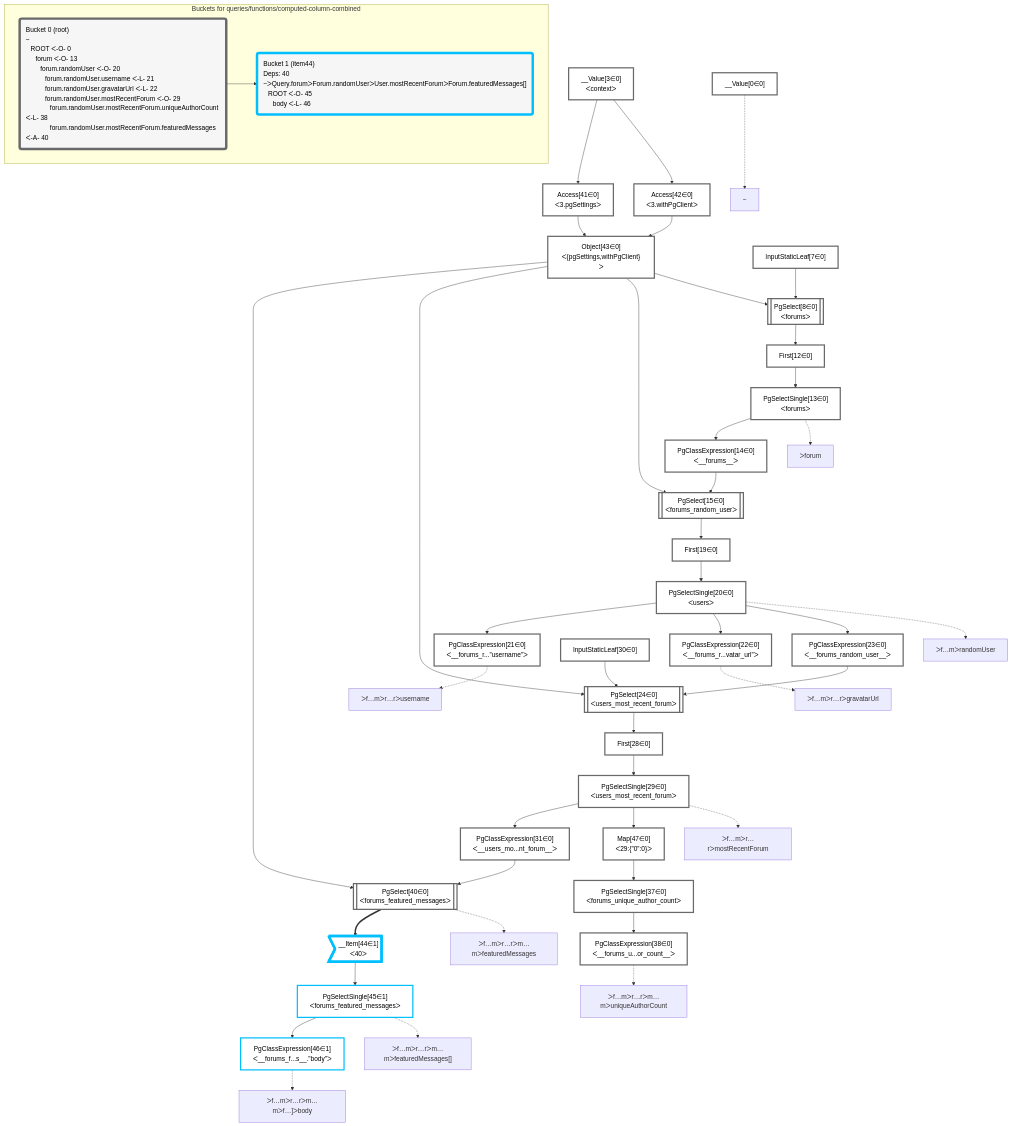
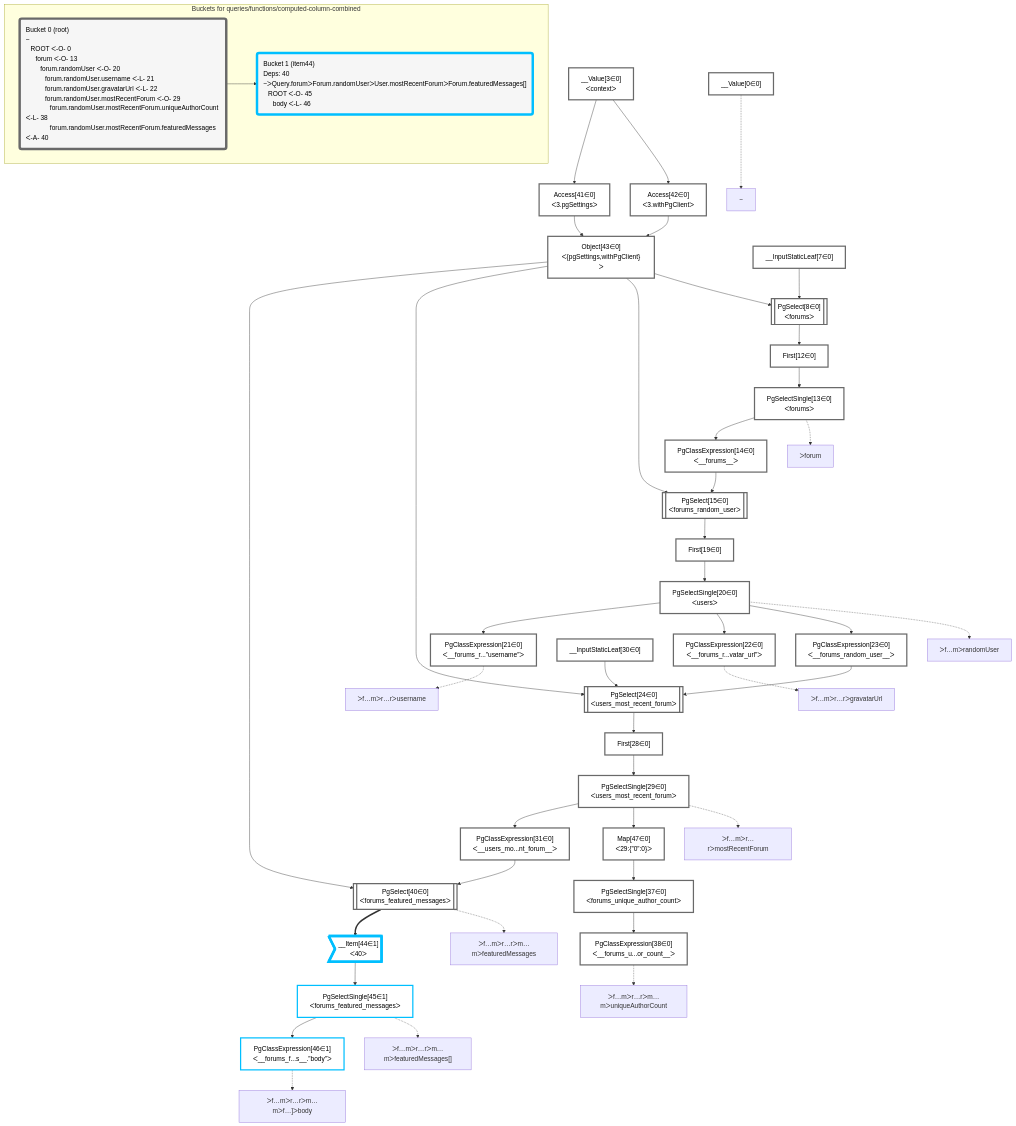
One commit to graphile/crystal changed the diagram in packages/dataplan-pg/__tests__/queries/functions/computed-column-combined.deopt.mermaid.md. Above: the diagram before and after it, drawn with Mermaid. The commit also changed 79 other files, not shown here.

```diff
--- a/packages/dataplan-pg/__tests__/queries/functions/computed-column-combined.deopt.mermaid.md
+++ b/packages/dataplan-pg/__tests__/queries/functions/computed-column-combined.deopt.mermaid.md
@@ -34,8 +34,8 @@
     Access41["Access[41∈0]<br />ᐸ3.pgSettingsᐳ"]:::plan
     Access42["Access[42∈0]<br />ᐸ3.withPgClientᐳ"]:::plan
     __Value3["__Value[3∈0]<br />ᐸcontextᐳ"]:::plan
-    InputStaticLeaf7["InputStaticLeaf[7∈0]"]:::plan
-    InputStaticLeaf30["InputStaticLeaf[30∈0]"]:::plan
+    __InputStaticLeaf7["__InputStaticLeaf[7∈0]"]:::plan
+    __InputStaticLeaf30["__InputStaticLeaf[30∈0]"]:::plan
 
     %% plan dependencies
     PgSelectSingle20 --> PgClassExpression21
@@ -50,7 +50,7 @@
     PgSelectSingle29 --> Map47
     First28 --> PgSelectSingle29
     PgSelect24 --> First28
-    Object43 & PgClassExpression23 & InputStaticLeaf30 --> PgSelect24
+    Object43 & PgClassExpression23 & __InputStaticLeaf30 --> PgSelect24
     PgSelectSingle20 --> PgClassExpression23
     First19 --> PgSelectSingle20
     PgSelect15 --> First19
@@ -58,7 +58,7 @@
     PgSelectSingle13 --> PgClassExpression14
     First12 --> PgSelectSingle13
     PgSelect8 --> First12
-    Object43 & InputStaticLeaf7 --> PgSelect8
+    Object43 & __InputStaticLeaf7 --> PgSelect8
     Access41 & Access42 --> Object43
     __Value3 --> Access41
     __Value3 --> Access42
@@ -88,7 +88,7 @@
     subgraph "Buckets for queries/functions/computed-column-combined"
     Bucket0("Bucket 0 (root)<br />~<br />⠀ROOT ᐸ-O- 0<br />⠀⠀forum ᐸ-O- 13<br />⠀⠀⠀forum.randomUser ᐸ-O- 20<br />⠀⠀⠀⠀forum.randomUser.username ᐸ-L- 21<br />⠀⠀⠀⠀forum.randomUser.gravatarUrl ᐸ-L- 22<br />⠀⠀⠀⠀forum.randomUser.mostRecentForum ᐸ-O- 29<br />⠀⠀⠀⠀⠀forum.randomUser.mostRecentForum.uniqueAuthorCount ᐸ-L- 38<br />⠀⠀⠀⠀⠀forum.randomUser.mostRecentForum.featuredMessages ᐸ-A- 40"):::bucket
     classDef bucket0 stroke:#696969
-    class Bucket0,__Value0,__Value3,InputStaticLeaf7,PgSelect8,First12,PgSelectSingle13,PgClassExpression14,PgSelect15,First19,PgSelectSingle20,PgClassExpression21,PgClassExpression22,PgClassExpression23,PgSelect24,First28,PgSelectSingle29,InputStaticLeaf30,PgClassExpression31,PgSelectSingle37,PgClassExpression38,PgSelect40,Access41,Access42,Object43,Map47 bucket0
+    class Bucket0,__Value0,__Value3,__InputStaticLeaf7,PgSelect8,First12,PgSelectSingle13,PgClassExpression14,PgSelect15,First19,PgSelectSingle20,PgClassExpression21,PgClassExpression22,PgClassExpression23,PgSelect24,First28,PgSelectSingle29,__InputStaticLeaf30,PgClassExpression31,PgSelectSingle37,PgClassExpression38,PgSelect40,Access41,Access42,Object43,Map47 bucket0
     Bucket1("Bucket 1 (item44)<br />Deps: 40<br />~ᐳQuery.forumᐳForum.randomUserᐳUser.mostRecentForumᐳForum.featuredMessages[]<br />⠀ROOT ᐸ-O- 45<br />⠀⠀body ᐸ-L- 46"):::bucket
     classDef bucket1 stroke:#00bfff
     class Bucket1,__Item44,PgSelectSingle45,PgClassExpression46 bucket1
```
